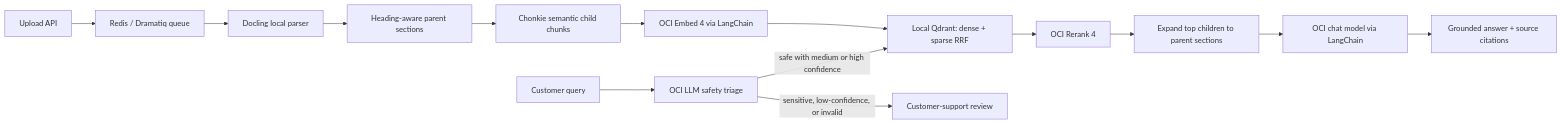
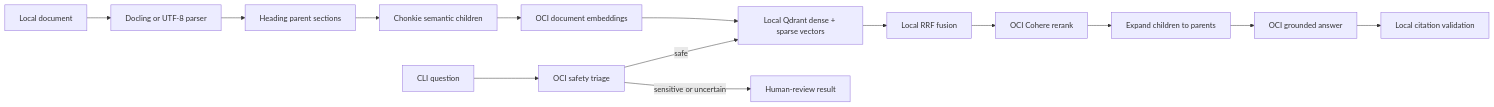
The diagram in README.md (ajaypv/prod_rag), drawn with Mermaid before and after one commit. The commit also changed other lines of this file and 32 other files, not shown here.

````diff
--- a/README.md
+++ b/README.md
@@ -21,16 +13,16 @@
 ```mermaid
 flowchart LR
-    U["Upload API"] --> R["Redis / Dramatiq queue"]
-    R --> D["Docling local parser"]
-    D --> S["Heading-aware parent sections"]
-    S --> C["Chonkie semantic child chunks"]
-    C --> E["OCI Embed 4 via LangChain"]
-    E --> Q["Local Qdrant: dense + sparse RRF"]
-    X["Customer query"] --> T["OCI LLM safety triage"]
-    T -->|"safe with medium or high confidence"| Q
-    T -->|"sensitive, low-confidence, or invalid"| H["Customer-support review"]
-    Q --> RR["OCI Rerank 4"]
-    RR --> P["Expand top children to parent sections"]
-    P --> L["OCI chat model via LangChain"]
-    L --> A["Grounded answer + source citations"]
+    F["Local document"] --> D["Docling or UTF-8 parser"]
+    D --> P["Heading parent sections"]
+    P --> C["Chonkie semantic children"]
+    C --> E["OCI document embeddings"]
+    E --> Q["Local Qdrant dense + sparse vectors"]
+    U["CLI question"] --> T["OCI safety triage"]
+    T -->|"safe"| Q
+    T -->|"sensitive or uncertain"| H["Human-review result"]
+    Q --> R["Local RRF fusion"]
+    R --> O["OCI Cohere rerank"]
+    O --> X["Expand children to parents"]
+    X --> A["OCI grounded answer"]
+    A --> V["Local citation validation"]
 ```
````
